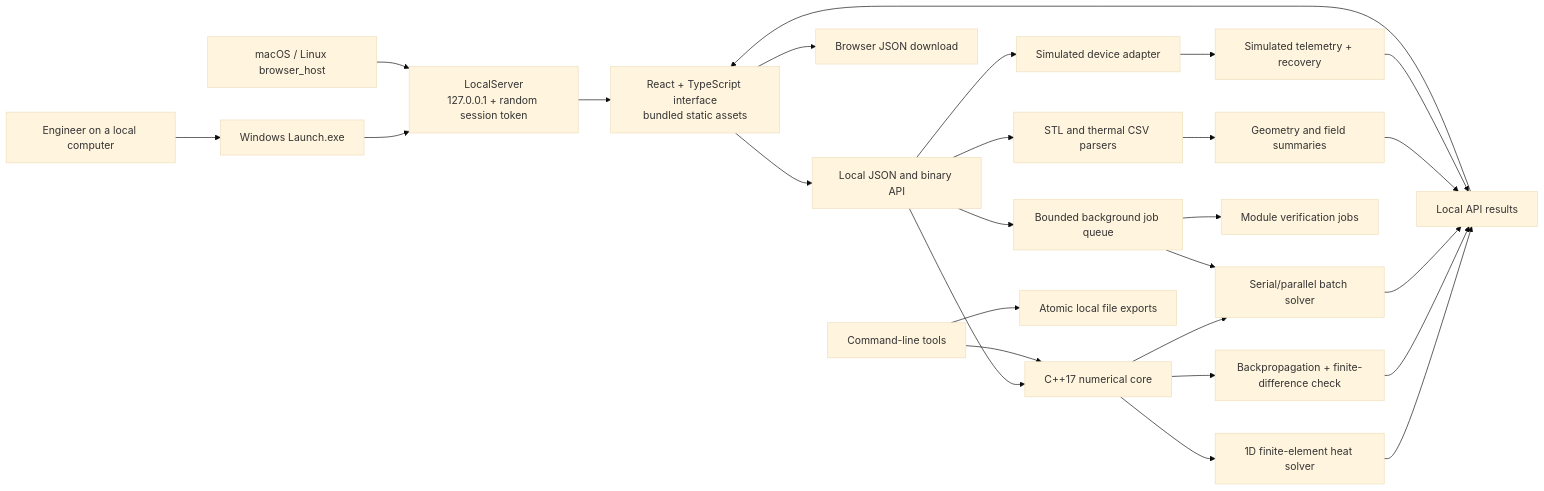
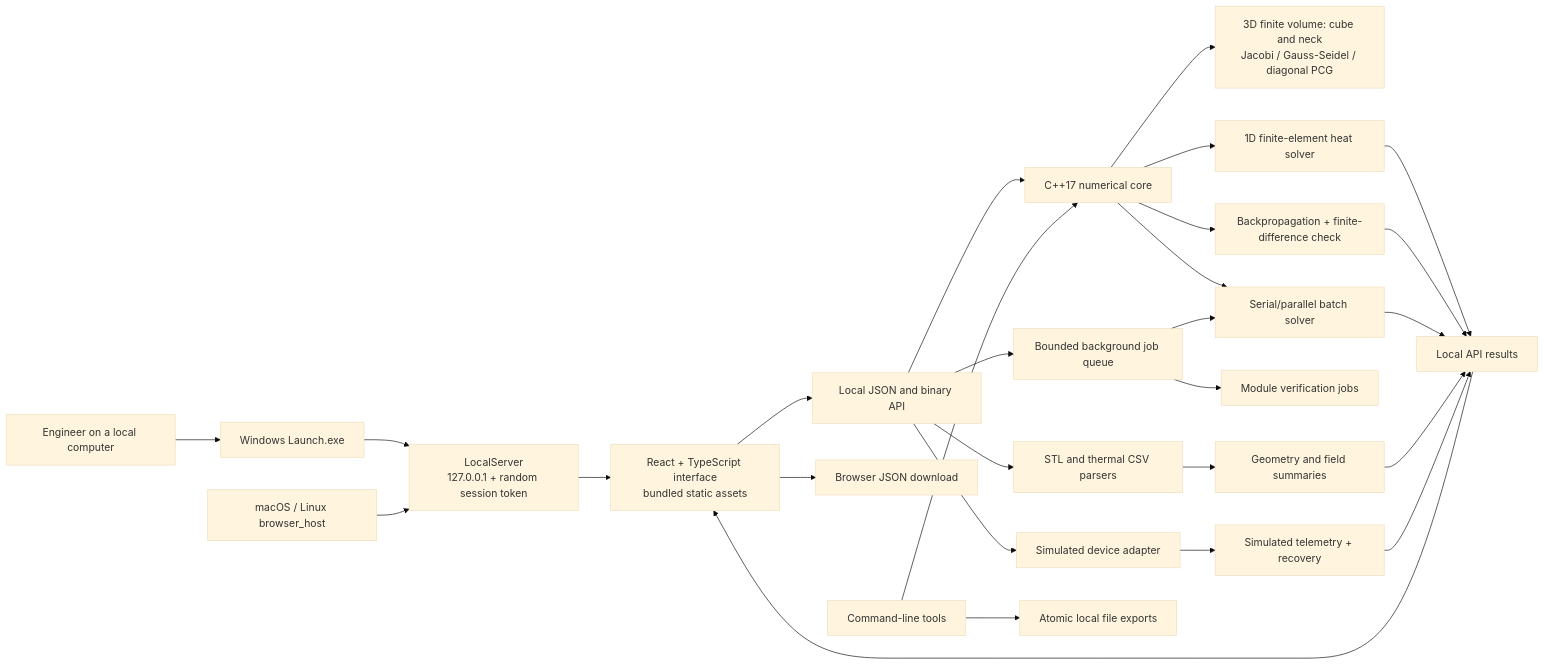
One commit to tulasiram2005/thermal-atlas-workbench changed the first of 3 diagrams in docs/ARCHITECTURE.md. Above: the diagram before and after it, drawn with Mermaid (base theme). The commit also changed other lines of this file and 18 other files, not shown here.

Commit message:
Publish verified 3D Solver Lab and update architecture and setup guide

````diff
--- a/docs/ARCHITECTURE.md
+++ b/docs/ARCHITECTURE.md
@@ -9,28 +9,29 @@
 ```mermaid
 flowchart LR
     User[Engineer on a local computer] --> Launcher[Windows Launch.exe]
     Launcher --> Server["LocalServer<br/>127.0.0.1 + random session token"]
     Host["macOS / Linux browser_host"] --> Server
     Server --> UI["React + TypeScript interface<br/>bundled static assets"]
     UI --> API[Local JSON and binary API]
     API --> Numerics[C++17 numerical core]
     API --> Jobs[Bounded background job queue]
     API --> Parsers[STL and thermal CSV parsers]
     API --> Hardware[Simulated device adapter]
+    Numerics --> Thermal3D["3D finite volume: cube and neck<br/>Jacobi / Gauss-Seidel / diagonal PCG"]
     Numerics --> FEA[1D finite-element heat solver]
     Numerics --> Backprop[Backpropagation + finite-difference check]
     Numerics --> Batch[Serial/parallel batch solver]
     Jobs --> Batch
     Jobs --> Verify[Module verification jobs]
     Parsers --> Geometry[Geometry and field summaries]
     Hardware --> Telemetry[Simulated telemetry + recovery]
     FEA --> Results["Local API results"]
     Backprop --> Results
     Batch --> Results
     Geometry --> Results
     Telemetry --> Results
     Results --> UI
     UI --> Download["Browser JSON download"]
     CLI["Command-line tools"] --> Numerics
     CLI --> Export["Atomic local file exports"]
 ```
````
